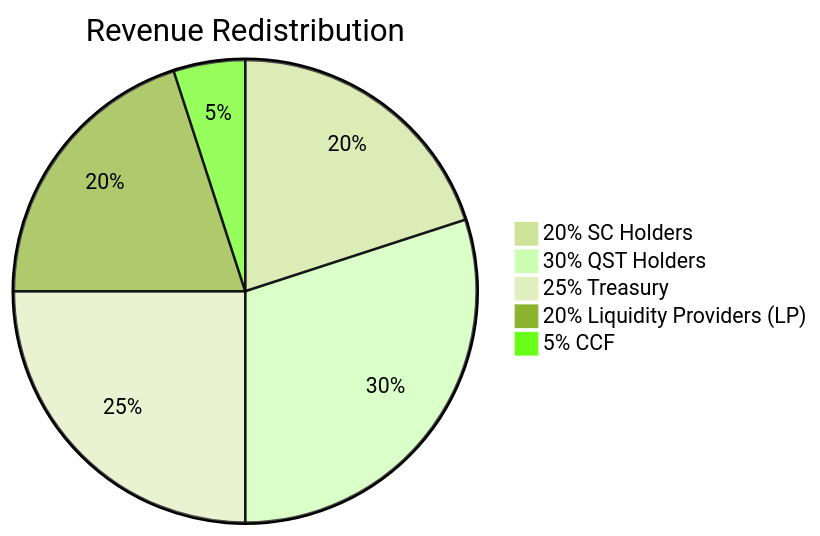
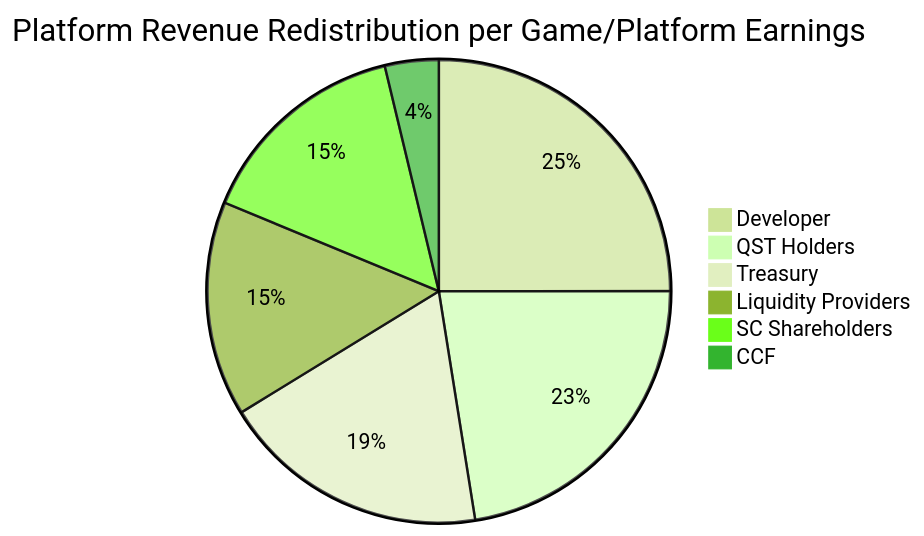
One commit to nineisten/qusino changed the second of 3 diagrams in README.md. Above: the diagram before and after it, drawn with Mermaid (forest theme). The commit also changed other lines of this file and 1 other file, not shown here.

````diff
--- a/README.md
+++ b/README.md
@@ -111,8 +54,9 @@
 ```mermaid
-pie title Revenue Redistribution
-"20% SC Holders" : 20
-"30% QST Holders" : 30
-"25% Treasury" : 25
-"20% Liquidity Providers (LP)" : 20
-"5% CCF" : 5
+pie title Platform Revenue Redistribution per Game/Platform Earnings
+    "Developer" : 33.3
+    "QST Holders" : 30
+    "Treasury" : 25
+    "Liquidity Providers" : 20
+    "SC Shareholders" : 20
+    "CCF" : 5
 ```
````
